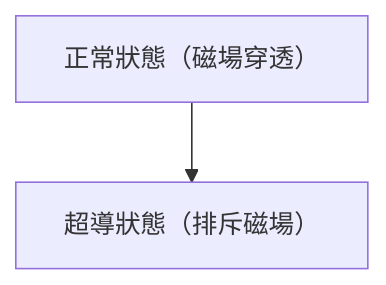
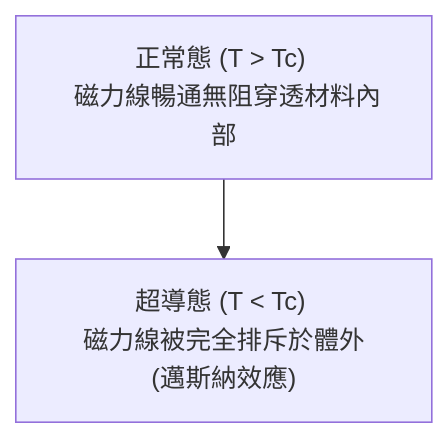
One commit to kenjinote/blog changed the diagram in content/post/physics-superconductivity/index.zh-tw.md. Above: the diagram before and after it, drawn with Mermaid. The commit also changed other lines of this file and 219 other files, not shown here.

````diff
--- a/content/post/physics-superconductivity/index.zh-tw.md
+++ b/content/post/physics-superconductivity/index.zh-tw.md
@@ -16,4 +32,4 @@
 ```mermaid
 flowchart TD
-    A["正常狀態（磁場穿透）"] --> B["超導狀態（排斥磁場）"]
+    A["正常態 (T > Tc) \n 磁力線暢通無阻穿透材料內部"] --> B["超導態 (T < Tc) \n 磁力線被完全排斥於體外 (邁斯納效應)"]
 ```
````
